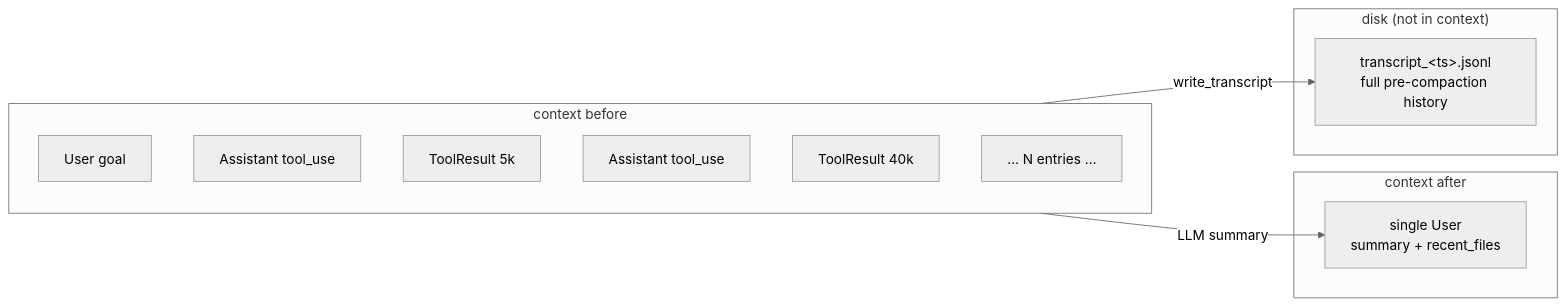
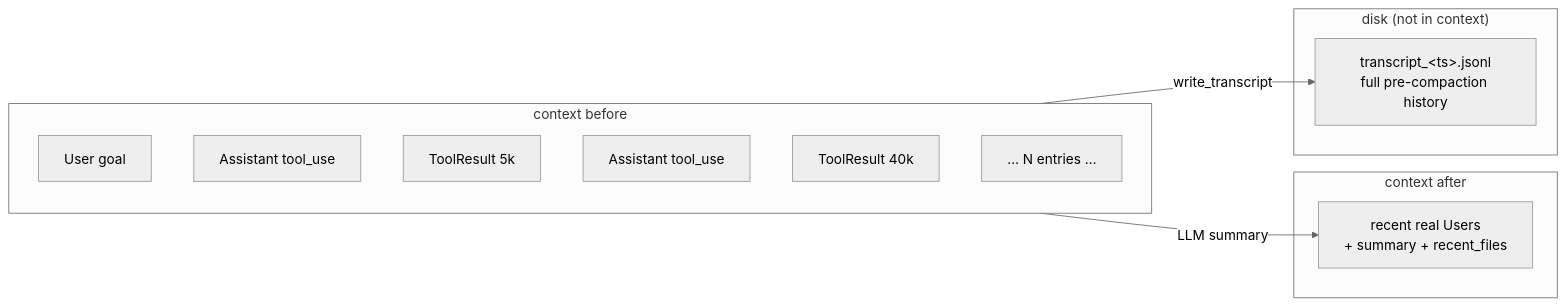
One commit to rust-infra/tact changed the tenth of 15 diagrams in book/05_chapter_compact.md. Above: the diagram before and after it, drawn with Mermaid (neutral theme). The commit also changed other lines of this file and 5 other files, not shown here.

````diff
--- a/book/05_chapter_compact.md
+++ b/book/05_chapter_compact.md
@@ -412,22 +416,22 @@
 ```mermaid
 flowchart LR
     subgraph Before["context before"]
         B0["User goal"]
         B1["Assistant tool_use"]
         B2["ToolResult 5k"]
         B3["Assistant tool_use"]
         B4["ToolResult 40k"]
         B5["… N entries …"]
     end
 
     subgraph After["context after"]
-        A0["single User<br/>summary + recent_files"]
+        A0["recent real Users<br/>+ summary + recent_files"]
     end
 
     subgraph Disk["disk (not in context)"]
         D0["transcript_&lt;ts&gt;.jsonl<br/>full pre-compaction history"]
     end
 
     Before -->|write_transcript| D0
     Before -->|LLM summary| A0
 ```
````
